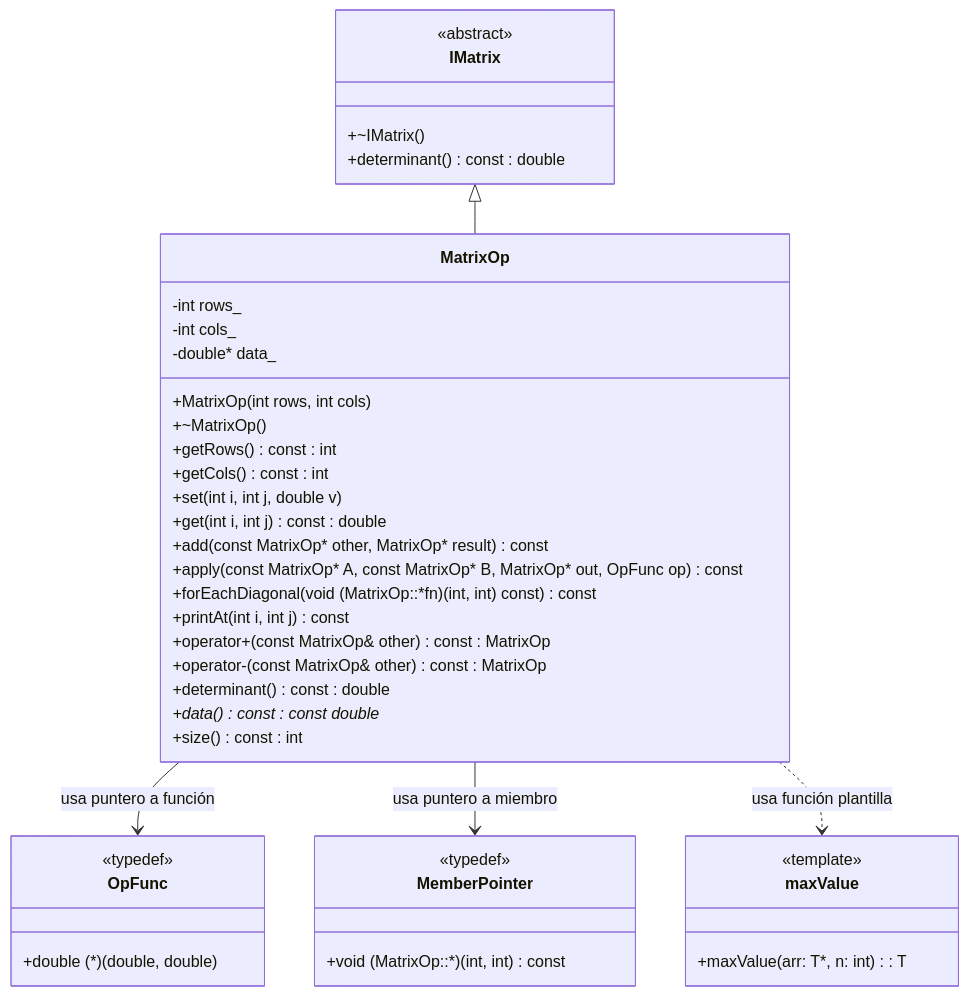
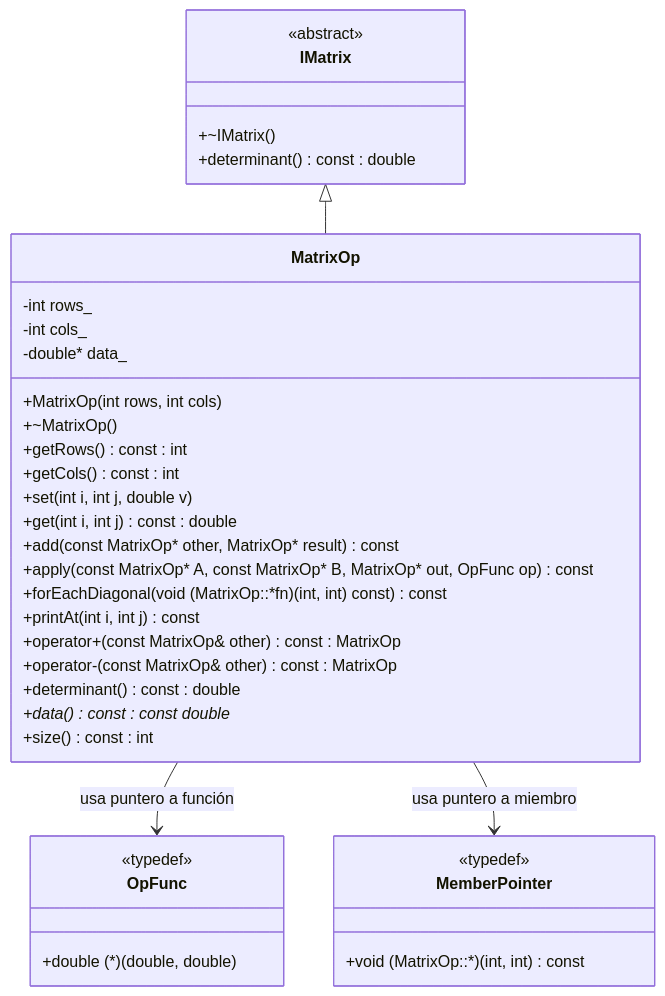
One commit to Angeles489/Polimorfismo changed the second of 2 diagrams in README.md. Above: the diagram before and after it, drawn with Mermaid.

````diff
--- a/README.md
+++ b/README.md
@@ -44,62 +44,55 @@
 ```mermaid
 classDiagram
     %% INTERFAZ
     class IMatrix {
         <<abstract>>
         +~IMatrix()
         +determinant() const : double
     }
 
     %% CLASE PRINCIPAL
     class MatrixOp {
         -int rows_
         -int cols_
         -double* data_
 
         +MatrixOp(int rows, int cols)
         +~MatrixOp()
 
         +getRows() const : int
         +getCols() const : int
         +set(int i, int j, double v)
         +get(int i, int j) const : double
 
         +add(const MatrixOp* other, MatrixOp* result) const
         +apply(const MatrixOp* A, const MatrixOp* B, MatrixOp* out, OpFunc op) const
         +forEachDiagonal(void (MatrixOp::*fn)(int, int) const) const
         +printAt(int i, int j) const
 
         +operator+(const MatrixOp& other) const : MatrixOp
         +operator-(const MatrixOp& other) const : MatrixOp
 
         +determinant() const : double
 
         +data() const : const double*
         +size() const : int
     }
 
     %% HERENCIA
     IMatrix <|-- MatrixOp
 
     %% TIPOS DE PUNTEROS
     class OpFunc {
         <<typedef>>
         +double (*)(double, double)
     }
 
     class MemberPointer {
         <<typedef>>
         +void (MatrixOp::*)(int, int) const
     }
 
     MatrixOp --> OpFunc : usa puntero a función
     MatrixOp --> MemberPointer : usa puntero a miembro
 
-    %% FUNCIÓN PLANTILLA
-    class maxValue {
-        <<template>>
-        +maxValue<T>(arr: T*, n: int) : T
-    }
-
-    MatrixOp ..> maxValue : usa función plantilla
 ```
````
